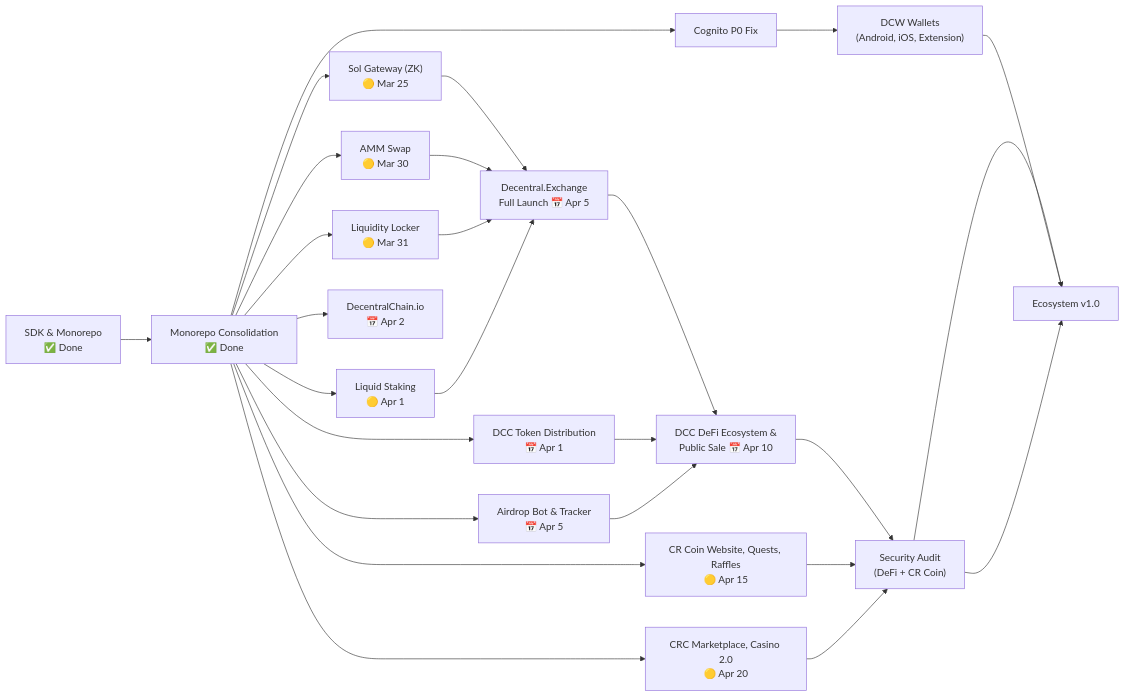
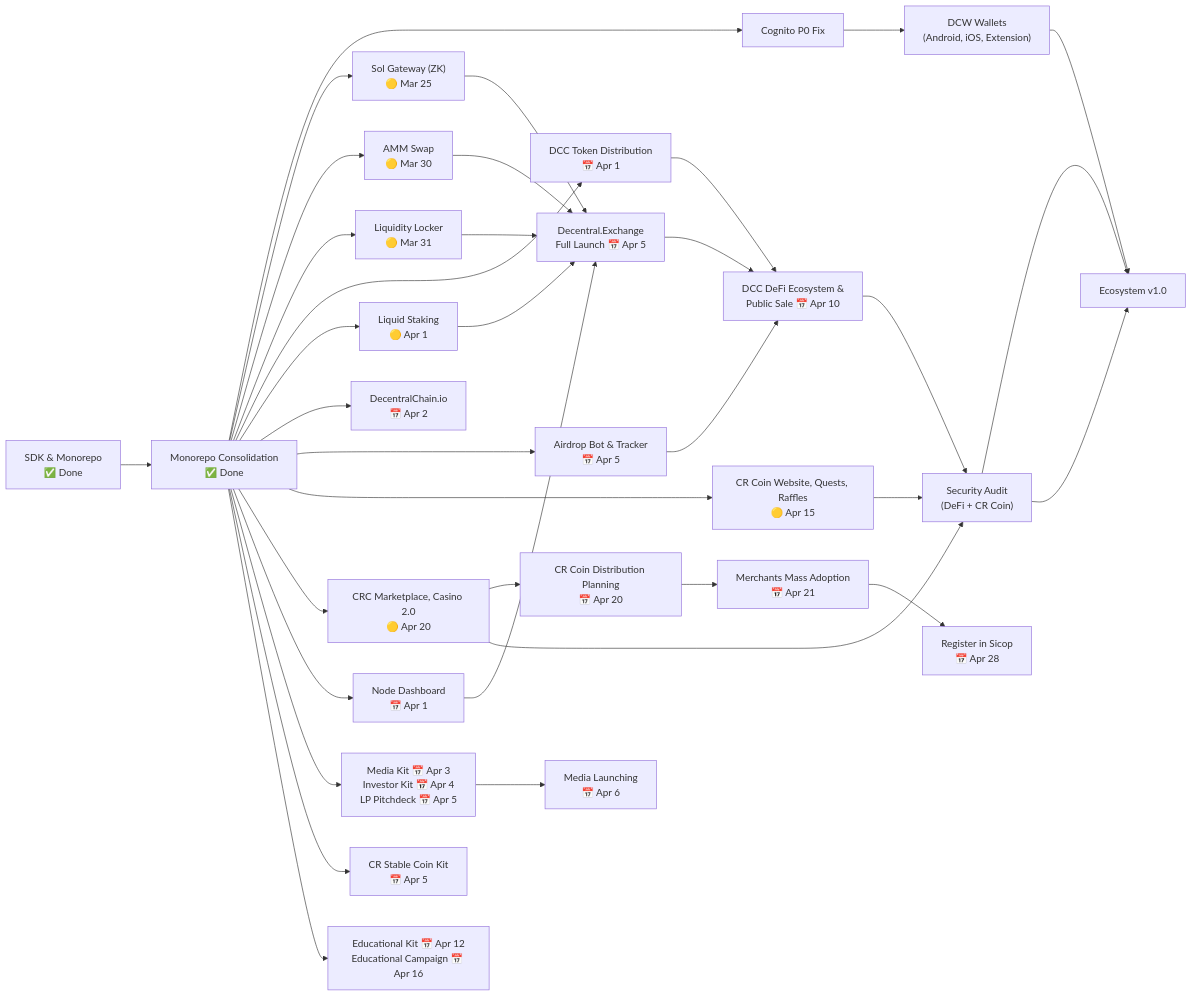
Before and after one commit to 33imattei33/roadmap-project: the fifth of 11 diagrams in ROADMAP.md, drawn with Mermaid. The commit also changed other lines of this file, not shown here.

First line of the commit message:
docs: add 11 new deliverables to roadmap (Apr 1–28)

````diff
--- a/ROADMAP.md
+++ b/ROADMAP.md
@@ -227,35 +257,45 @@
 ```mermaid
 flowchart LR
     A["SDK & Monorepo<br/>✅ Done"] --> B["Monorepo Consolidation<br/>✅ Done"]
     B --> C["Cognito P0 Fix"]
 
     C --> E["DCW Wallets<br/>(Android, iOS, Extension)"]
 
     B --> F["Sol Gateway (ZK)<br/>🟡 Mar 25"]
     B --> G["AMM Swap<br/>🟡 Mar 30"]
     B --> H["Liquidity Locker<br/>🟡 Mar 31"]
     B --> I["DCC Token Distribution<br/>📅 Apr 1"]
     B --> J["Liquid Staking<br/>🟡 Apr 1"]
     B --> K["DecentralChain.io<br/>📅 Apr 2"]
     B --> L["Airdrop Bot & Tracker<br/>📅 Apr 5"]
 
     F --> M["Decentral.Exchange<br/>Full Launch 📅 Apr 5"]
     G --> M
     H --> M
     J --> M
 
     M --> N["DCC DeFi Ecosystem &<br/>Public Sale 📅 Apr 10"]
     I --> N
     L --> N
 
     B --> O["CR Coin Website, Quests, Raffles<br/>🟡 Apr 15"]
     B --> P["CRC Marketplace, Casino 2.0<br/>🟡 Apr 20"]
 
+    B --> S["Node Dashboard<br/>📅 Apr 1"]
+    S --> M
+    B --> T["Media Kit 📅 Apr 3<br/>Investor Kit 📅 Apr 4<br/>LP Pitchdeck 📅 Apr 5"]
+    B --> U["CR Stable Coin Kit<br/>📅 Apr 5"]
+    T --> V["Media Launching<br/>📅 Apr 6"]
+    B --> W["Educational Kit 📅 Apr 12<br/>Educational Campaign 📅 Apr 16"]
+    P --> X["CR Coin Distribution Planning<br/>📅 Apr 20"]
+    X --> Y["Merchants Mass Adoption<br/>📅 Apr 21"]
+    Y --> Z["Register in Sicop<br/>📅 Apr 28"]
+
     N --> Q["Security Audit<br/>(DeFi + CR Coin)"]
     O --> Q
     P --> Q
 
     Q --> R["Ecosystem v1.0"]
     E --> R
     Q --> R
 ```
````
